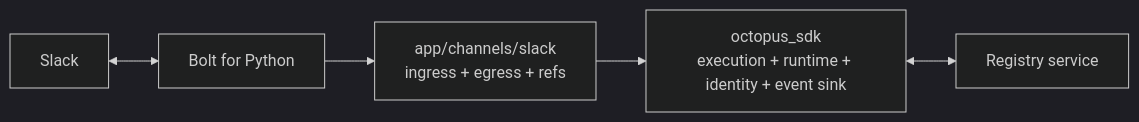
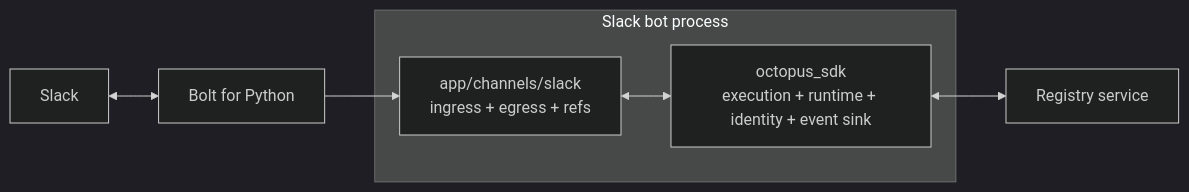
The third of 6 diagrams in ARCHITECTURE.md (privacynow/octopus), drawn with Mermaid (dark theme) before and after one commit.

Commit message:
Fix Slack architecture composition diagram

````diff
--- a/ARCHITECTURE.md
+++ b/ARCHITECTURE.md
@@ -194,13 +194,16 @@
 ```mermaid
 flowchart LR
     Slack["Slack"]
     Bolt["Bolt for Python"]
-    Transport["app/channels/slack<br/>ingress + egress + refs"]
-    Sdk["octopus_sdk<br/>execution + runtime + identity + event sink"]
     Registry["Registry service"]
+
+    subgraph Bot["Slack bot process"]
+        Transport["app/channels/slack<br/>ingress + egress + refs"]
+        Sdk["octopus_sdk<br/>execution + runtime + identity + event sink"]
+    end
 
     Slack <--> Bolt
     Bolt --> Transport
-    Transport --> Sdk
+    Transport <--> Sdk
     Sdk <--> Registry
 ```
````
